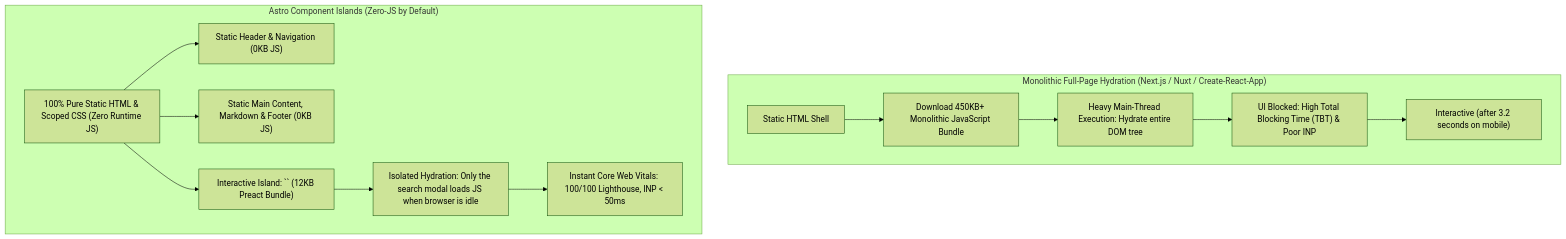
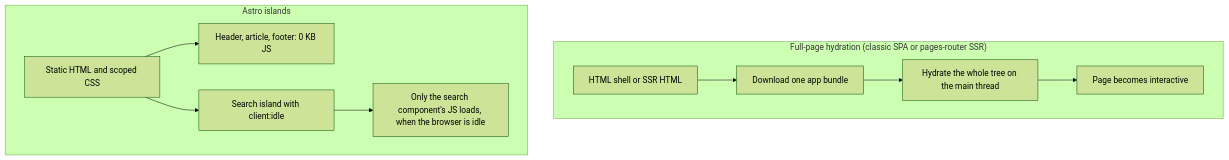
The fourth of 17 diagrams in README.md (TheLearningHubOrg/learn-astro), drawn with Mermaid (forest theme) before and after one commit. The commit also changed other lines of this file and 35 other files, not shown here.

````diff
--- a/README.md
+++ b/README.md
@@ -37,17 +386,13 @@
 ```mermaid
-graph TD
-    subgraph "Monolithic Full-Page Hydration (Next.js / Nuxt / Create-React-App)"
-        M_HTML["Static HTML Shell"] --> M_JS["Download 450KB+ Monolithic JavaScript Bundle"]
-        M_JS --> M_CPU["Heavy Main-Thread Execution: Hydrate entire DOM tree"]
-        M_CPU --> M_BLOCK["UI Blocked: High Total Blocking Time (TBT) & Poor INP"]
-        M_BLOCK --> M_READY["Interactive (after 3.2 seconds on mobile)"]
+flowchart TD
+    subgraph SPA["Full-page hydration (classic SPA or pages-router SSR)"]
+        M1["HTML shell or SSR HTML"] --> M2["Download one app bundle"]
+        M2 --> M3["Hydrate the whole tree on the main thread"]
+        M3 --> M4["Page becomes interactive"]
     end
-
-    subgraph "Astro Component Islands (Zero-JS by Default)"
-        A_HTML["100% Pure Static HTML & Scoped CSS (Zero Runtime JS)"] --> A_ISLAND1["Static Header & Navigation (0KB JS)"]
-        A_HTML --> A_ISLAND2["Static Main Content, Markdown & Footer (0KB JS)"]
-        A_HTML --> A_DYN["Interactive Island: `<SearchModal client:idle />` (12KB Preact Bundle)"]
-        A_DYN --> A_FAST["Isolated Hydration: Only the search modal loads JS when browser is idle"]
-        A_FAST --> A_READY["Instant Core Web Vitals: 100/100 Lighthouse, INP < 50ms"]
+    subgraph ISL["Astro islands"]
+        A1["Static HTML and scoped CSS"] --> A2["Header, article, footer: 0 KB JS"]
+        A1 --> A3["Search island with client:idle"]
+        A3 --> A4["Only the search component's JS loads, when the browser is idle"]
     end
 ```
````
